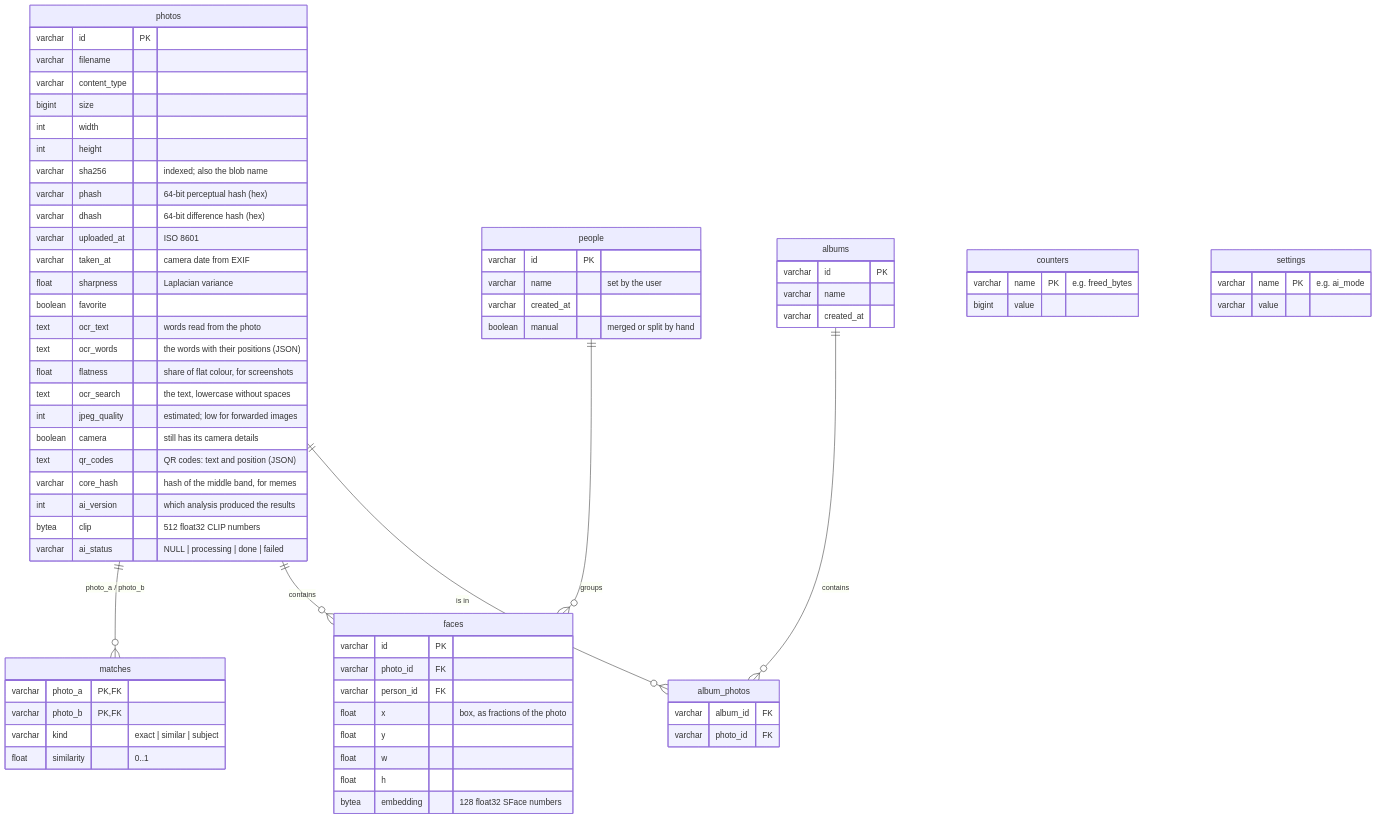
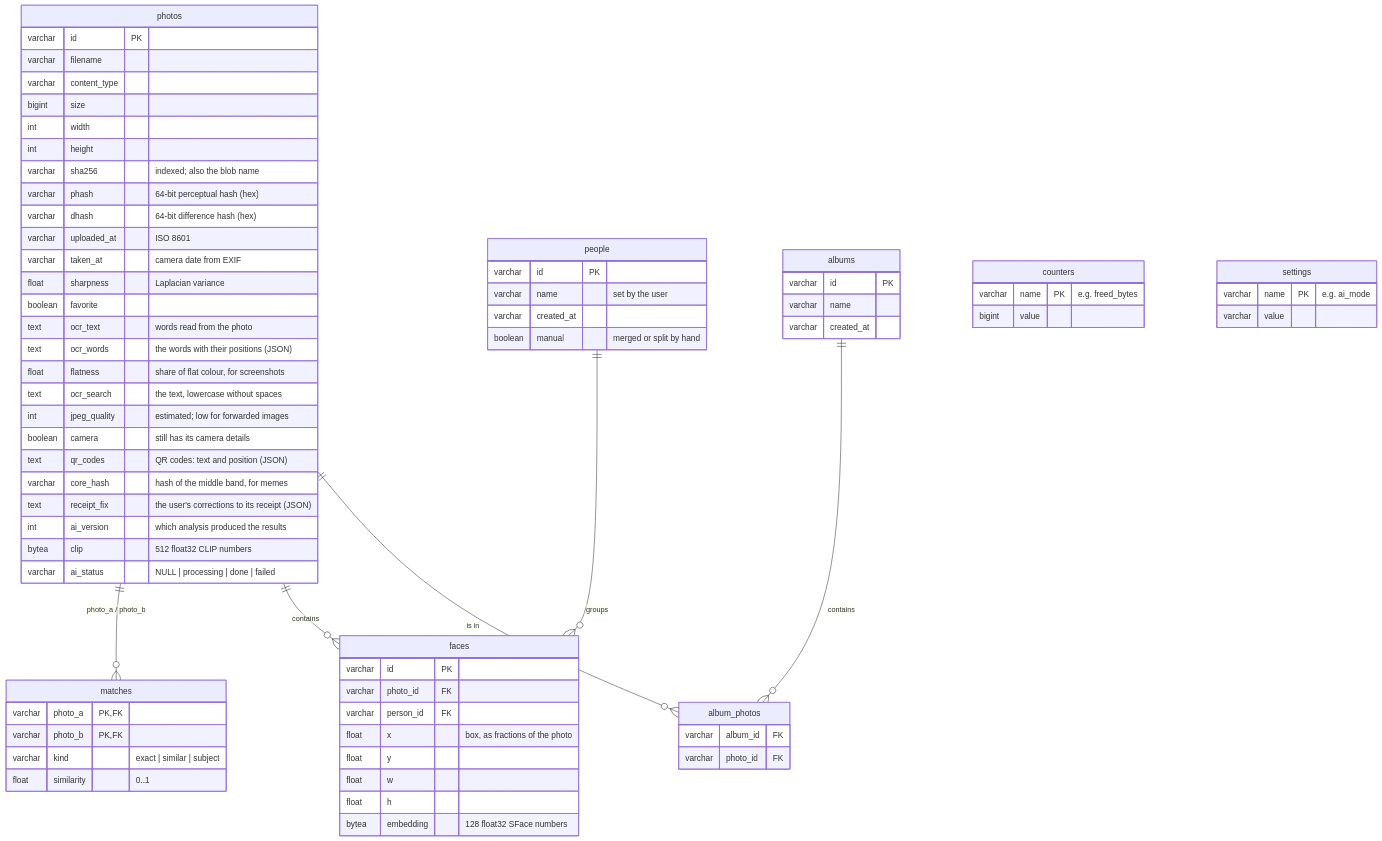
Before and after one commit to Arnav-Dugad/imagevault-ai: the third of 4 diagrams in docs/technical-design-document.md, drawn with Mermaid. The commit also changed other lines of this file and 24 other files, not shown here.

````diff
--- a/docs/technical-design-document.md
+++ b/docs/technical-design-document.md
@@ -186,73 +188,74 @@
 ```mermaid
 erDiagram
     photos ||--o{ matches : "photo_a / photo_b"
     photos ||--o{ faces : "contains"
     people ||--o{ faces : "groups"
     albums ||--o{ album_photos : "contains"
     photos ||--o{ album_photos : "is in"
     photos {
         varchar id PK
         varchar filename
         varchar content_type
         bigint size
         int width
         int height
         varchar sha256 "indexed; also the blob name"
         varchar phash "64-bit perceptual hash (hex)"
         varchar dhash "64-bit difference hash (hex)"
         varchar uploaded_at "ISO 8601"
         varchar taken_at "camera date from EXIF"
         float sharpness "Laplacian variance"
         boolean favorite
         text ocr_text "words read from the photo"
         text ocr_words "the words with their positions (JSON)"
         float flatness "share of flat colour, for screenshots"
         text ocr_search "the text, lowercase without spaces"
         int jpeg_quality "estimated; low for forwarded images"
         boolean camera "still has its camera details"
         text qr_codes "QR codes: text and position (JSON)"
         varchar core_hash "hash of the middle band, for memes"
+        text receipt_fix "the user's corrections to its receipt (JSON)"
         int ai_version "which analysis produced the results"
         bytea clip "512 float32 CLIP numbers"
         varchar ai_status "NULL | processing | done | failed"
     }
     matches {
         varchar photo_a PK, FK
         varchar photo_b PK, FK
         varchar kind "exact | similar | subject"
         float similarity "0..1"
     }
     faces {
         varchar id PK
         varchar photo_id FK
         varchar person_id FK
         float x "box, as fractions of the photo"
         float y
         float w
         float h
         bytea embedding "128 float32 SFace numbers"
     }
     people {
         varchar id PK
         varchar name "set by the user"
         varchar created_at
         boolean manual "merged or split by hand"
     }
     counters {
         varchar name PK "e.g. freed_bytes"
         bigint value
     }
     settings {
         varchar name PK "e.g. ai_mode"
         varchar value
     }
     albums {
         varchar id PK
         varchar name
         varchar created_at
     }
     album_photos {
         varchar album_id FK
         varchar photo_id FK
     }
 ```
````
